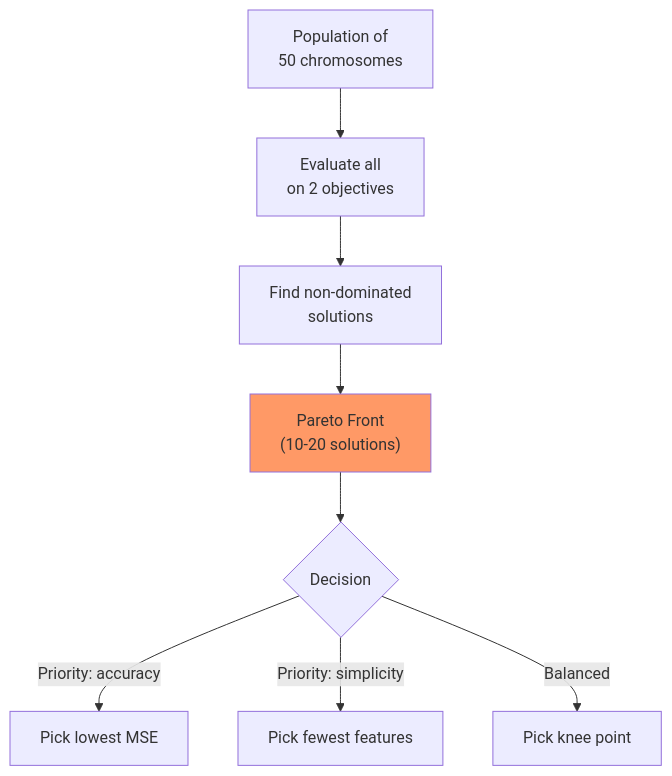
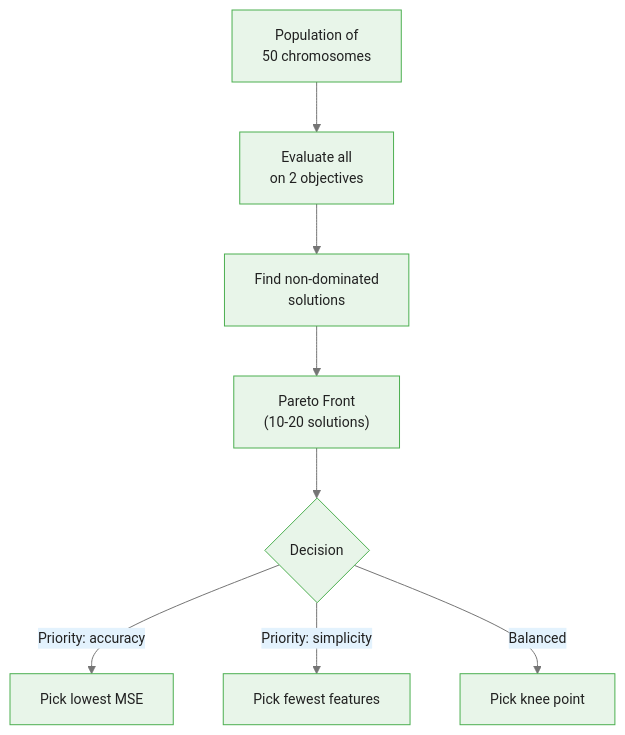
The third of 4 diagrams in courses/genetic-algorithms-feature-selection/modules/module_02_fitness/guides/02_cross_validation_fitness_slides.md (m-deane/course-creator), drawn with Mermaid before and after one commit. The commit also changed other lines of this file and 52 other files, not shown here.

````diff
--- a/courses/genetic-algorithms-feature-selection/modules/module_02_fitness/guides/02_cross_validation_fitness_slides.md
+++ b/courses/genetic-algorithms-feature-selection/modules/module_02_fitness/guides/02_cross_validation_fitness_slides.md
@@ -268,11 +265,11 @@
 ```mermaid
+%%{init: {"theme": "base", "themeVariables": {"primaryColor": "#e8f5e9", "primaryBorderColor": "#4caf50", "primaryTextColor": "#212121", "secondaryColor": "#e3f2fd", "tertiaryColor": "#fff8e1", "lineColor": "#757575", "fontFamily": "Inter, sans-serif", "fontSize": "14px"}}}%%
 flowchart TD
     A["Population of<br/>50 chromosomes"] --> B["Evaluate all<br/>on 2 objectives"]
     B --> C["Find non-dominated<br/>solutions"]
     C --> D["Pareto Front<br/>(10-20 solutions)"]
     D --> E{"Decision"}
     E -->|"Priority: accuracy"| F["Pick lowest MSE"]
     E -->|"Priority: simplicity"| G["Pick fewest features"]
     E -->|"Balanced"| H["Pick knee point"]
-    style D fill:#f96
 ```
````
